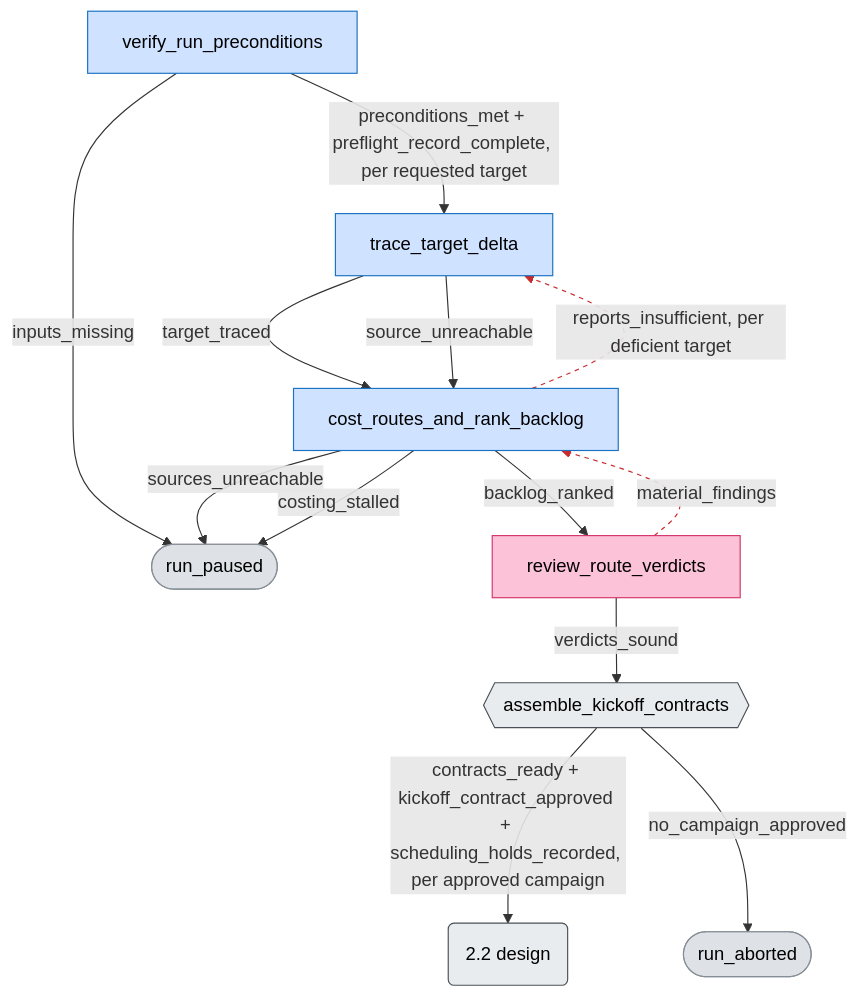
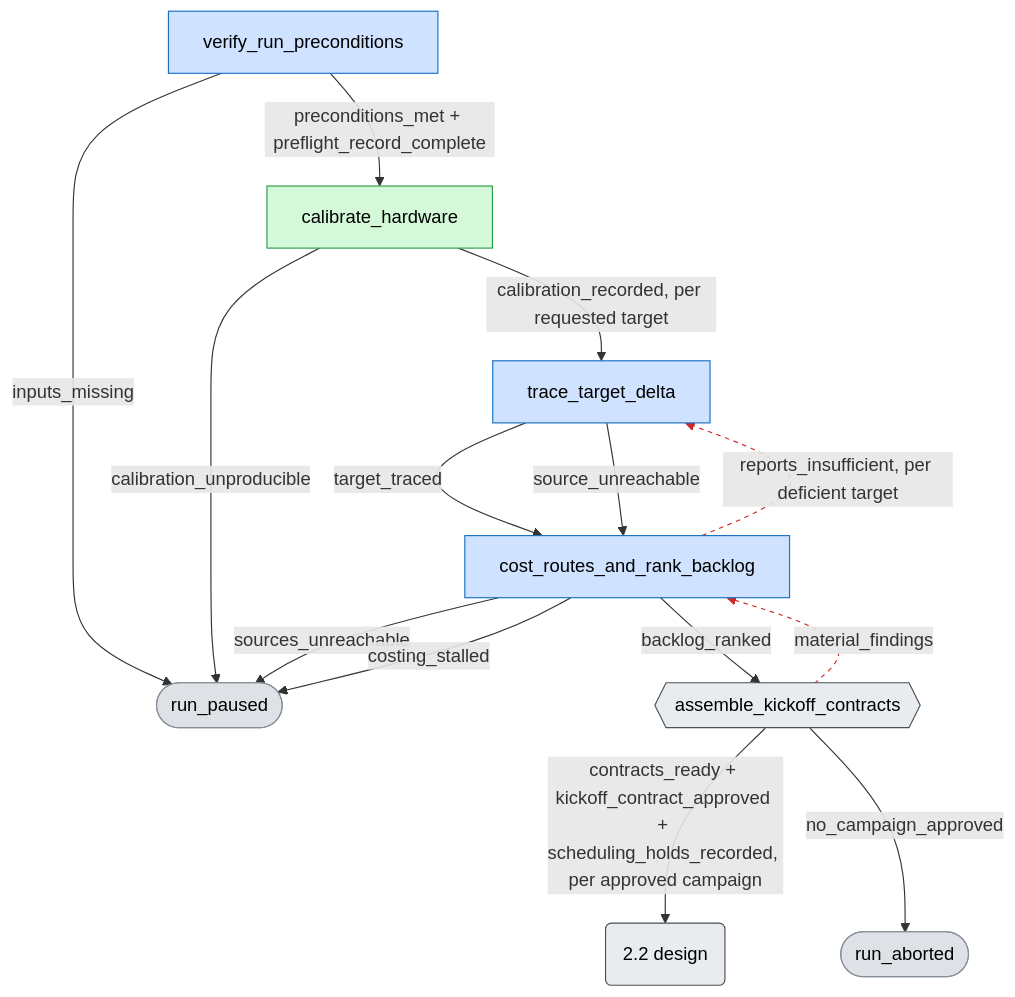
The second of 7 diagrams in generated-plugins/vllm-neuron-parity/README.md (jinhuang12/pave), drawn with Mermaid before and after one commit. The commit also changed other lines of this file and 334 other files, not shown here.

First line of the commit message:
Release vllm-neuron-parity 1.8.0: revision 18-19 copies, hardware-cost reference, bundled Neuron skills

````diff
--- a/generated-plugins/vllm-neuron-parity/README.md
+++ b/generated-plugins/vllm-neuron-parity/README.md
@@ -200,28 +216,25 @@
 ```mermaid
 flowchart TD
-  vrp[verify_run_preconditions] -->|preconditions_met + preflight_record_complete, per requested target| ttd[trace_target_delta]
+  vrp[verify_run_preconditions] -->|preconditions_met + preflight_record_complete| cal[calibrate_hardware]
   vrp -->|inputs_missing| paused([run_paused])
+  cal -->|calibration_recorded, per requested target| ttd[trace_target_delta]
+  cal -->|calibration_unproducible| paused
   ttd -->|target_traced| cost[cost_routes_and_rank_backlog]
   ttd -->|source_unreachable| cost
   cost -->|reports_insufficient, per deficient target| ttd
   cost -->|sources_unreachable| paused
   cost -->|costing_stalled| paused
-  cost -->|backlog_ranked| rrv[review_route_verdicts]
-  rrv -->|verdicts_sound| akc{{assemble_kickoff_contracts}}
-  rrv -->|material_findings| cost
+  cost -->|backlog_ranked| akc{{assemble_kickoff_contracts}}
+  akc -->|material_findings| cost
   akc -->|contracts_ready + kickoff_contract_approved + scheduling_holds_recorded, per approved campaign| design(2.2 design)
   akc -->|no_campaign_approved| aborted([run_aborted])
   class vrp,ttd,cost cInv
-  class rrv cRev
+  class cal cMeas
   class akc,design cGate
   class paused,aborted cEnd
   classDef cInv fill:#cfe2ff,stroke:#1971c2,color:#000
-  classDef cImpl fill:#ffd8a8,stroke:#e8590c,color:#000
   classDef cMeas fill:#d3f9d8,stroke:#2f9e44,color:#000
-  classDef cAdj fill:#e5dbff,stroke:#7048e8,color:#000
-  classDef cRev fill:#fcc2d7,stroke:#d6336c,color:#000
-  classDef cRec fill:#ffc9c9,stroke:#c92a2a,color:#000
   classDef cGate fill:#e9ecef,stroke:#495057,color:#000
   classDef cEnd fill:#dee2e6,stroke:#868e96,color:#000
-  linkStyle 4,9 stroke:#c92a2a,stroke-dasharray:4
+  linkStyle 6,10 stroke:#c92a2a,stroke-dasharray:4
 ```
````
